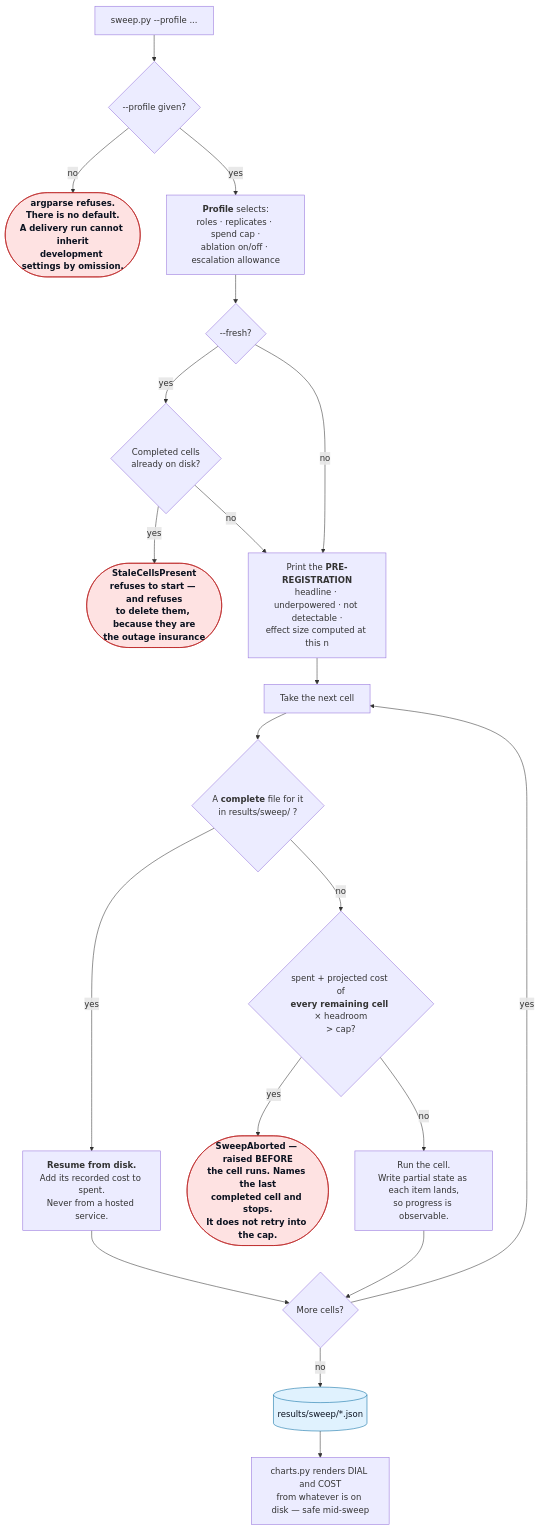
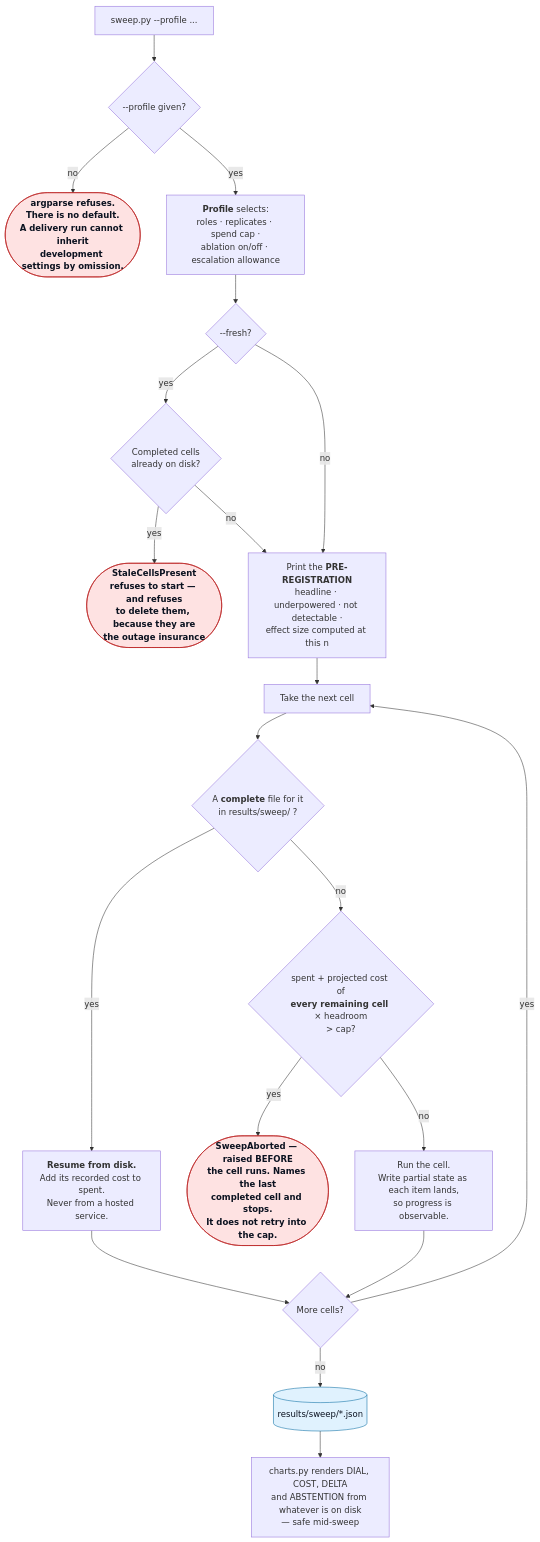
One commit to ANI-IN/loop-engineering changed the fifth of 5 diagrams in README.md. Above: the diagram before and after it, drawn with Mermaid. The commit also changed other lines of this file and 6 other files, not shown here.

````diff
--- a/README.md
+++ b/README.md
@@ -341,29 +341,29 @@
 ```mermaid
 flowchart TD
     START["sweep.py --profile ..."] --> REQ{"--profile given?"}
     REQ -->|no| NODEF(["argparse refuses.<br/><b>There is no default.</b><br/>A delivery run cannot inherit<br/>development settings by omission."])
     REQ -->|yes| PROF["<b>Profile</b> selects:<br/>roles · replicates · spend cap ·<br/>ablation on/off · escalation allowance"]
 
     PROF --> FRESH{"--fresh?"}
     FRESH -->|yes| STALE{"Completed cells<br/>already on disk?"}
     STALE -->|yes| REFUSE(["<b>StaleCellsPresent</b><br/>refuses to start — and refuses<br/>to delete them, because they are<br/>the outage insurance"])
     STALE -->|no| PRE
     FRESH -->|no| PRE["Print the <b>PRE-REGISTRATION</b><br/>headline · underpowered · not detectable ·<br/>effect size computed at this n"]
 
     PRE --> CELL["Take the next cell"]
     CELL --> DISK{"A <b>complete</b> file for it<br/>in results/sweep/ ?"}
     DISK -->|yes| RESUME["<b>Resume from disk.</b><br/>Add its recorded cost to spent.<br/>Never from a hosted service."]
     RESUME --> MORE
     DISK -->|no| PROJ{"spent + projected cost of<br/><b>every remaining cell</b> × headroom<br/>&gt; cap?"}
     PROJ -->|yes| ABORT(["<b>SweepAborted</b> — raised BEFORE<br/>the cell runs. Names the last<br/>completed cell and stops.<br/>It does not retry into the cap."])
     PROJ -->|no| RUN["Run the cell.<br/>Write partial state as each item lands,<br/>so progress is observable."]
     RUN --> MORE{"More cells?"}
     MORE -->|yes| CELL
     MORE -->|no| OUT[("results/sweep/*.json")]
-    OUT --> CHARTS["charts.py renders DIAL and COST<br/>from whatever is on disk — safe mid-sweep"]
+    OUT --> CHARTS["charts.py renders DIAL, COST, DELTA<br/>and ABSTENTION from whatever is on disk<br/>— safe mid-sweep"]
 
     classDef refuse fill:#fee2e2,stroke:#b91c1c,color:#0b1220,font-weight:bold;
     classDef store fill:#e0f2fe,stroke:#0369a1,color:#0b1220;
     class NODEF,REFUSE,ABORT refuse;
     class OUT store;
 ```
````
